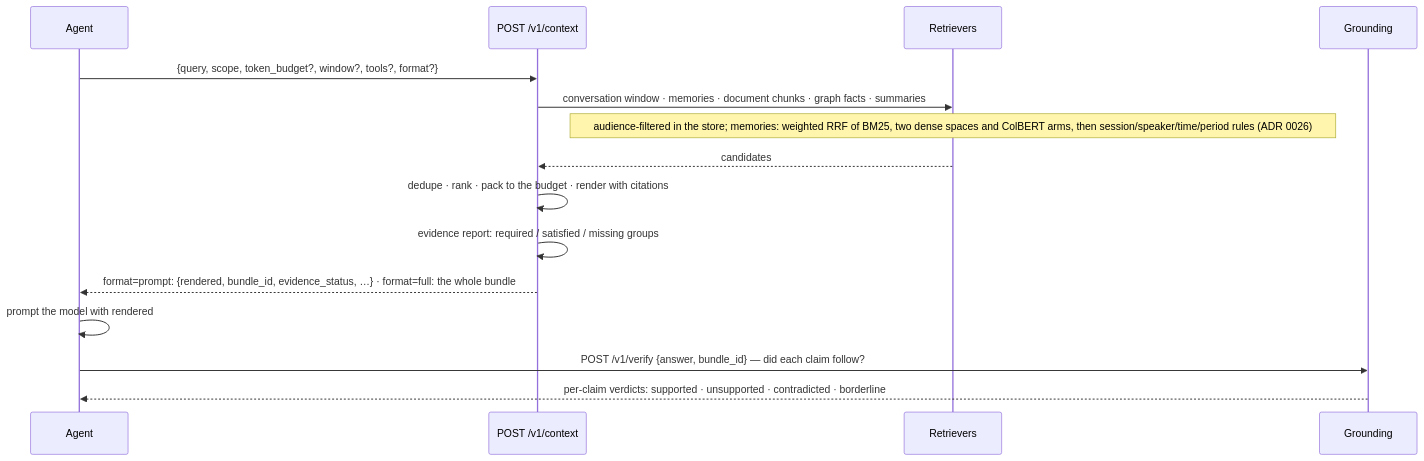
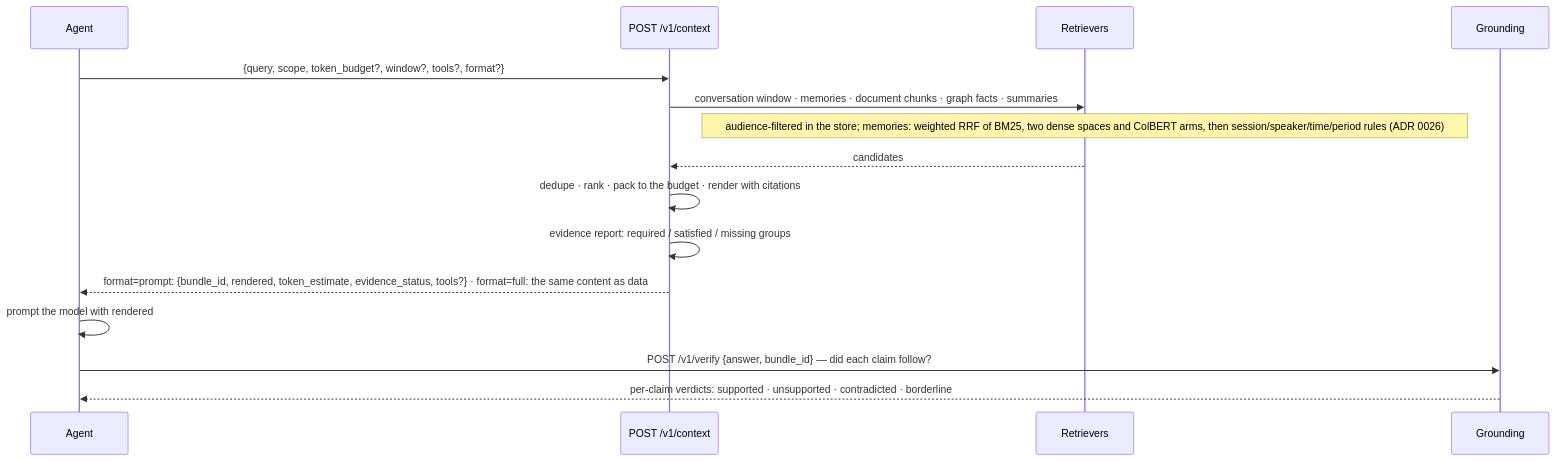
The diagram in docs/api/context.md (amitmohapatra/agent-memory-service), drawn with Mermaid before and after one commit. The commit also changed other lines of this file and 29 other files, not shown here.

````diff
--- a/docs/api/context.md
+++ b/docs/api/context.md
@@ -11,17 +11,17 @@
 ```mermaid
 sequenceDiagram
   participant A as Agent
   participant C as POST /v1/context
   participant R as Retrievers
   participant G as Grounding
   A->>C: {query, scope, token_budget?, window?, tools?, format?}
   C->>R: conversation window · memories · document chunks · graph facts · summaries
   Note over R: audience-filtered in the store#59; memories: weighted RRF of BM25, two dense spaces and ColBERT arms, then session/speaker/time/period rules (ADR 0026)
   R-->>C: candidates
   C->>C: dedupe · rank · pack to the budget · render with citations
   C->>C: evidence report: required / satisfied / missing groups
-  C-->>A: format=prompt: {rendered, bundle_id, evidence_status, …} · format=full: the whole bundle
+  C-->>A: format=prompt: {bundle_id, rendered, token_estimate, evidence_status, tools?} · format=full: the same content as data
   A->>A: prompt the model with rendered
   A->>G: POST /v1/verify {answer, bundle_id} — did each claim follow?
   G-->>A: per-claim verdicts: supported · unsupported · contradicted · borderline
 ```
````
